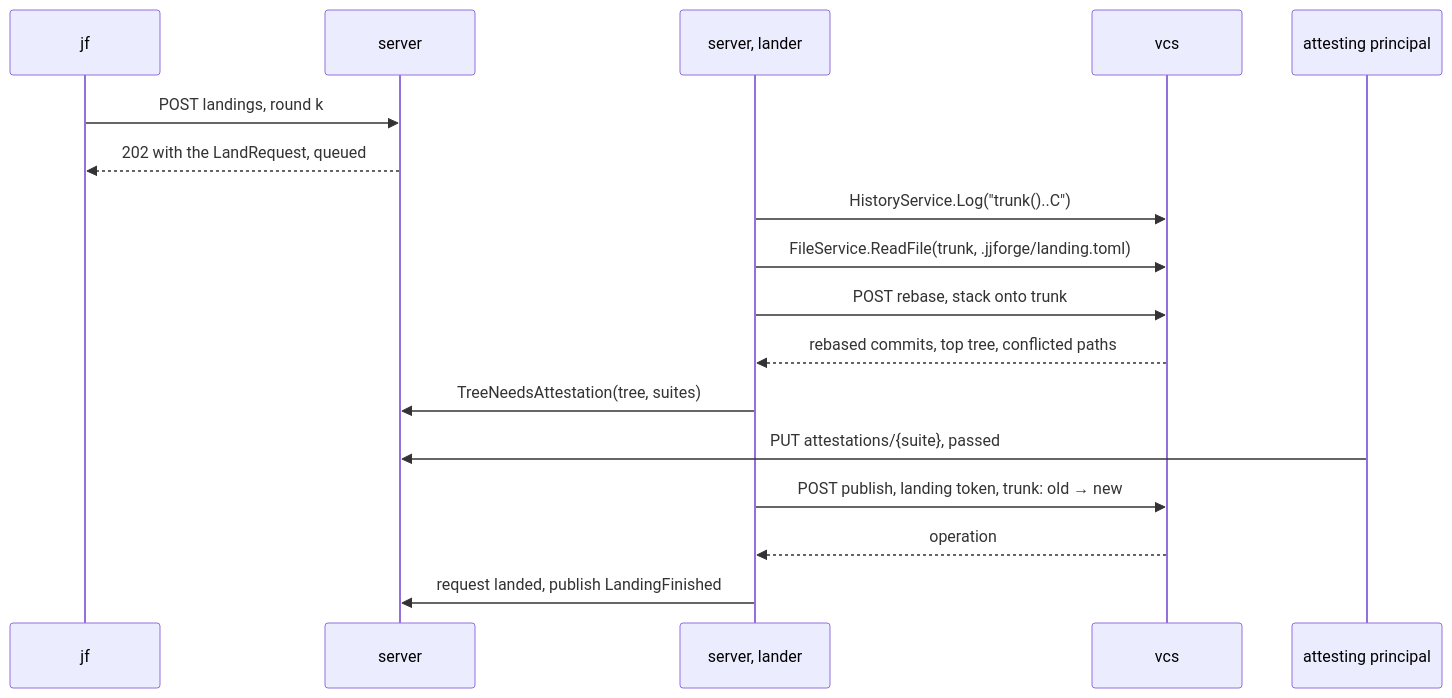
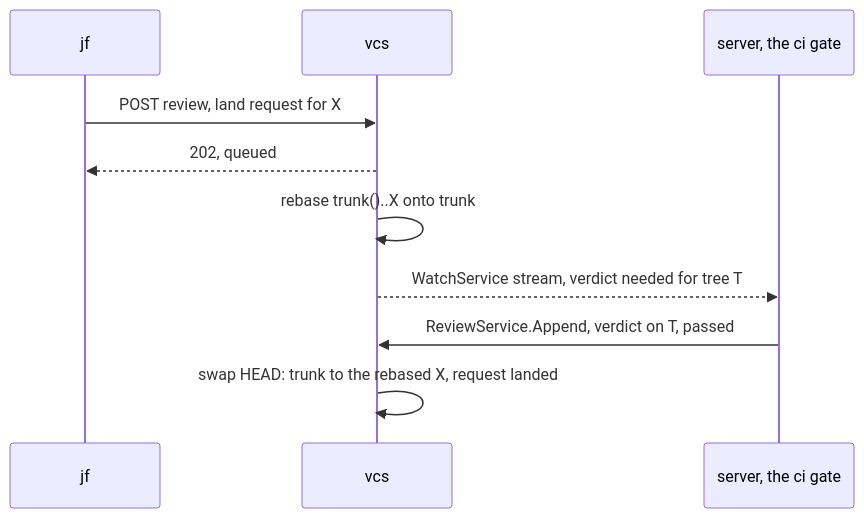
Before and after one commit to nca-apprentices/jjforge: the third of 3 diagrams in shared/docs/specs/143-review-model.md, drawn with Mermaid. The commit also changed other lines of this file and 51 other files, not shown here.

````diff
--- a/shared/docs/specs/143-review-model.md
+++ b/shared/docs/specs/143-review-model.md
@@ -311,19 +333,12 @@
 ```mermaid
 sequenceDiagram
     participant jf
-    participant server
-    participant lander as server, lander
     participant vcs
-    participant ci as attesting principal
-    jf->>server: POST landings, round k
-    server-->>jf: 202 with the LandRequest, queued
-    lander->>vcs: HistoryService.Log("trunk()..C")
-    lander->>vcs: FileService.ReadFile(trunk, .jjforge/landing.toml)
-    lander->>vcs: POST rebase, stack onto trunk
-    vcs-->>lander: rebased commits, top tree, conflicted paths
-    lander->>server: TreeNeedsAttestation(tree, suites)
-    ci->>server: PUT attestations/{suite}, passed
-    lander->>vcs: POST publish, landing token, trunk: old → new
-    vcs-->>lander: operation
-    lander->>server: request landed, publish LandingFinished
+    participant server as server, the ci gate
+    jf->>vcs: POST review, land request for X
+    vcs-->>jf: 202, queued
+    vcs->>vcs: rebase trunk()..X onto trunk
+    vcs-->>server: WatchService stream, verdict needed for tree T
+    server->>vcs: ReviewService.Append, verdict on T, passed
+    vcs->>vcs: swap HEAD: trunk to the rebased X, request landed
 ```
````
